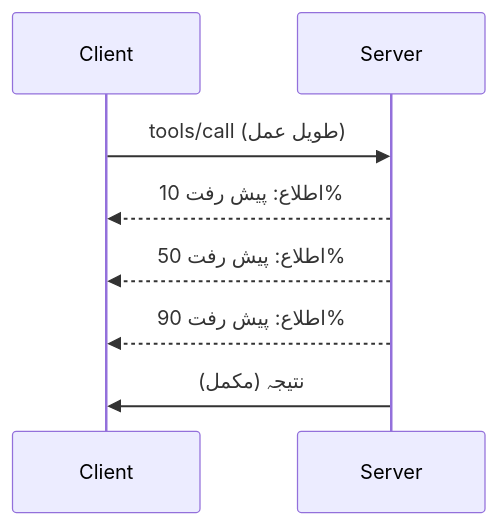
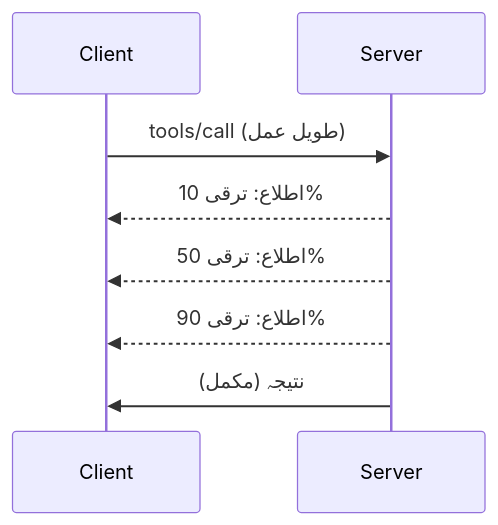
The diagram in mcp_ecosystem__model_context_protocol/mcp_learning_resources/mcp-for-beginners/translations/ur/05-AdvancedTopics/mcp-protocol-features/README.md (HIDORAKAI002/ai-workspace-archive), drawn with Mermaid before and after one commit. The commit also changed other lines of this file and 1046 other files, not shown here.

````diff
--- a/mcp_ecosystem__model_context_protocol/mcp_learning_resources/mcp-for-beginners/translations/ur/05-AdvancedTopics/mcp-protocol-features/README.md
+++ b/mcp_ecosystem__model_context_protocol/mcp_learning_resources/mcp-for-beginners/translations/ur/05-AdvancedTopics/mcp-protocol-features/README.md
@@ -22,11 +24,11 @@
 ```mermaid
 sequenceDiagram
     participant Client
     participant Server
     
     Client->>Server: tools/call (طویل عمل)
-    Server-->>Client: اطلاع: پیش رفت 10%
-    Server-->>Client: اطلاع: پیش رفت 50%
-    Server-->>Client: اطلاع: پیش رفت 90%
+    Server-->>Client: اطلاع: ترقی 10%
+    Server-->>Client: اطلاع: ترقی 50%
+    Server-->>Client: اطلاع: ترقی 90%
     Server->>Client: نتیجہ (مکمل)
 ```
````
